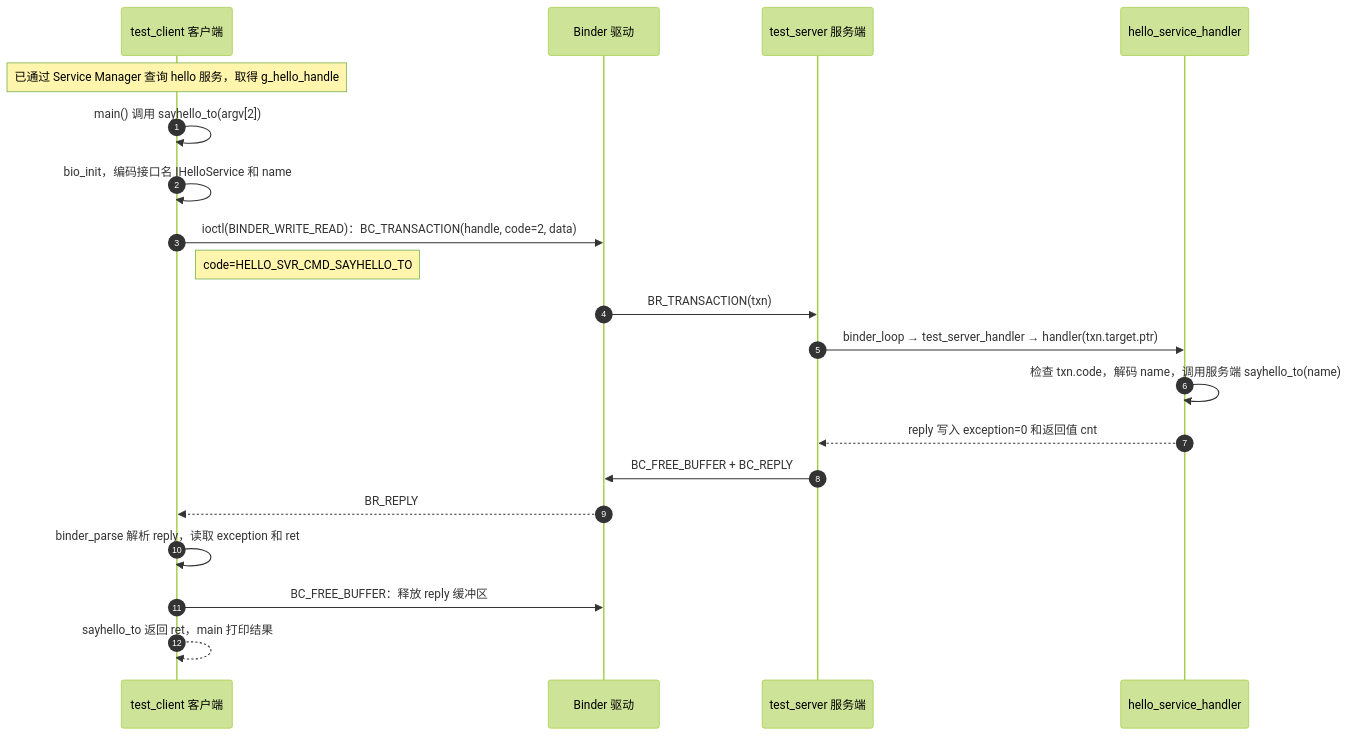
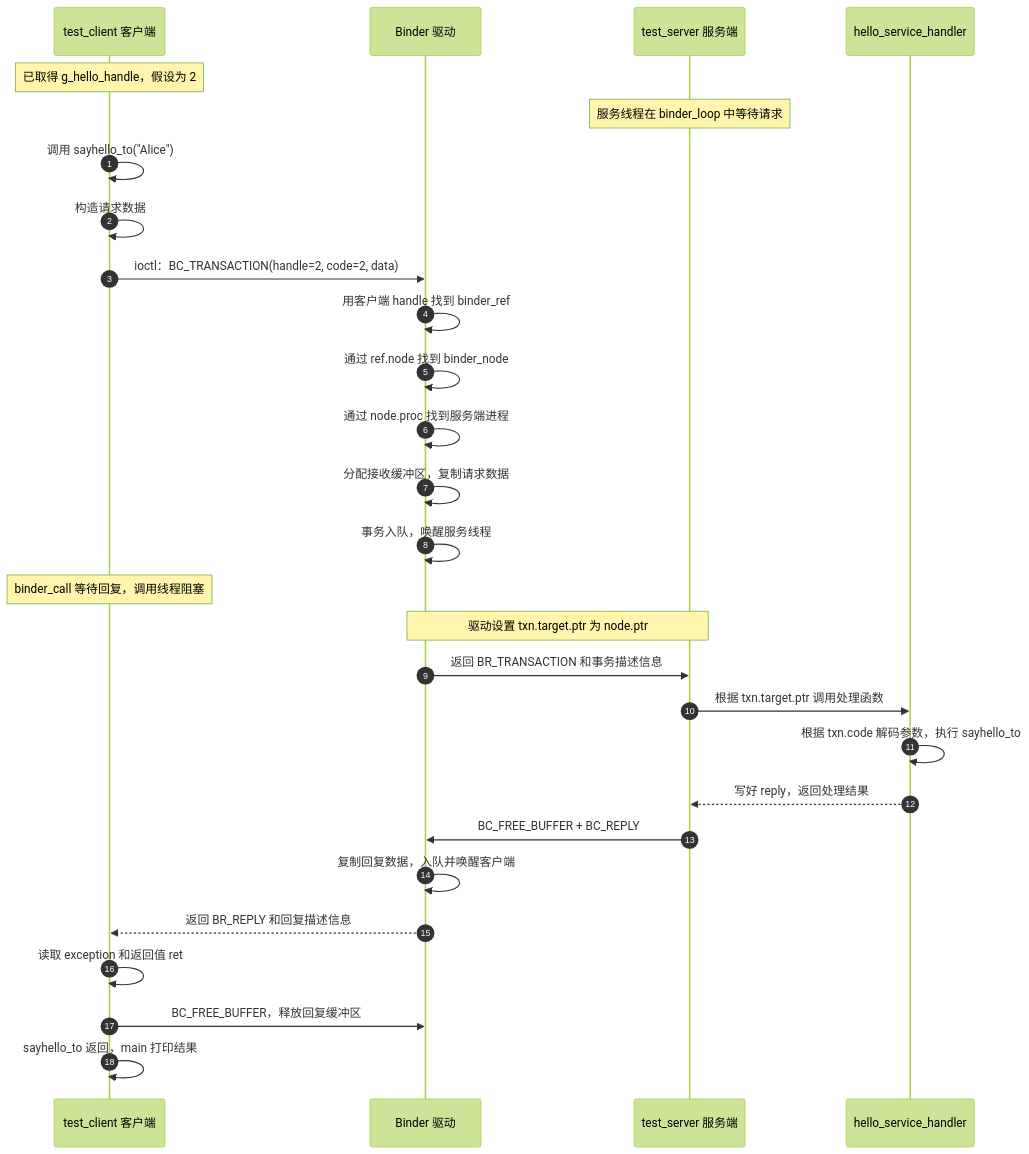
One commit to noteforme/noteforme.github.io changed the diagram in source/_posts/aosp_binder.md. Above: the diagram before and after it, drawn with Mermaid (forest theme). The commit also changed other lines of this file and 206 other files, not shown here.

````diff
--- a/source/_posts/aosp_binder.md
+++ b/source/_posts/aosp_binder.md
@@ -93,23 +95,36 @@
 ```mermaid
 sequenceDiagram
     autonumber
     participant C as test_client 客户端
     participant K as Binder 驱动
     participant S as test_server 服务端
     participant H as hello_service_handler
 
-    Note over C: 已通过 Service Manager 查询 hello 服务，取得 g_hello_handle
-    C->>C: main() 调用 sayhello_to(argv[2])
-    C->>C: bio_init，编码接口名 IHelloService 和 name
-    C->>K: ioctl(BINDER_WRITE_READ)：BC_TRANSACTION(handle, code=2, data)
-    Note right of C: code=HELLO_SVR_CMD_SAYHELLO_TO
-    K->>S: BR_TRANSACTION(txn)
-    S->>H: binder_loop → test_server_handler → handler(txn.target.ptr)
-    H->>H: 检查 txn.code，解码 name，调用服务端 sayhello_to(name)
-    H-->>S: reply 写入 exception=0 和返回值 cnt
+    Note over C: 已取得 g_hello_handle，假设为 2
+    Note over S: 服务线程在 binder_loop 中等待请求
+
+    C->>C: 调用 sayhello_to("Alice")
+    C->>C: 构造请求数据
+    C->>K: ioctl：BC_TRANSACTION(handle=2, code=2, data)
+
+    K->>K: 用客户端 handle 找到 binder_ref
+    K->>K: 通过 ref.node 找到 binder_node
+    K->>K: 通过 node.proc 找到服务端进程
+    K->>K: 分配接收缓冲区，复制请求数据
+    K->>K: 事务入队，唤醒服务线程
+
+    Note over C: binder_call 等待回复，调用线程阻塞
+    Note over K,S: 驱动设置 txn.target.ptr 为 node.ptr
+    K->>S: 返回 BR_TRANSACTION 和事务描述信息
+    S->>H: 根据 txn.target.ptr 调用处理函数
+    H->>H: 根据 txn.code 解码参数，执行 sayhello_to
+    H-->>S: 写好 reply，返回处理结果
+
     S->>K: BC_FREE_BUFFER + BC_REPLY
-    K-->>C: BR_REPLY
-    C->>C: binder_parse 解析 reply，读取 exception 和 ret
-    C->>K: BC_FREE_BUFFER：释放 reply 缓冲区
-    C-->>C: sayhello_to 返回 ret，main 打印结果
+    K->>K: 复制回复数据，入队并唤醒客户端
+    K-->>C: 返回 BR_REPLY 和回复描述信息
+
+    C->>C: 读取 exception 和返回值 ret
+    C->>K: BC_FREE_BUFFER，释放回复缓冲区
+    C->>C: sayhello_to 返回，main 打印结果
 ```
````
